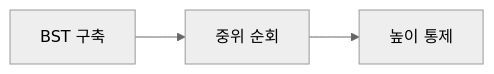
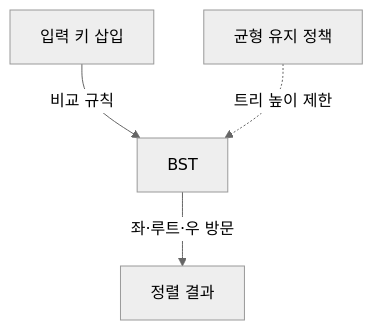
Before and after one commit to agnusdei1207/study: the second of 2 diagrams in src/content/docs/notes/itpe/02-software-engineering/043_sort_algorithm.md, drawn with Mermaid (neutral theme). The commit also changed other lines of this file and 31 other files, not shown here.

````diff
--- a/src/content/docs/notes/itpe/02-software-engineering/043_sort_algorithm.md
+++ b/src/content/docs/notes/itpe/02-software-engineering/043_sort_algorithm.md
@@ -99,5 +107,6 @@
 ```mermaid
-flowchart LR
-    A["BST 구축"] --> B["중위 순회"]
-    B --> C["높이 통제"]
+flowchart TB
+    K["입력 키 삽입"] -->|"비교 규칙"| T["BST"]
+    T -->|"좌·루트·우 방문"| O["정렬 결과"]
+    B["균형 유지 정책"] -.->|"트리 높이 제한"| T
 ```
````
